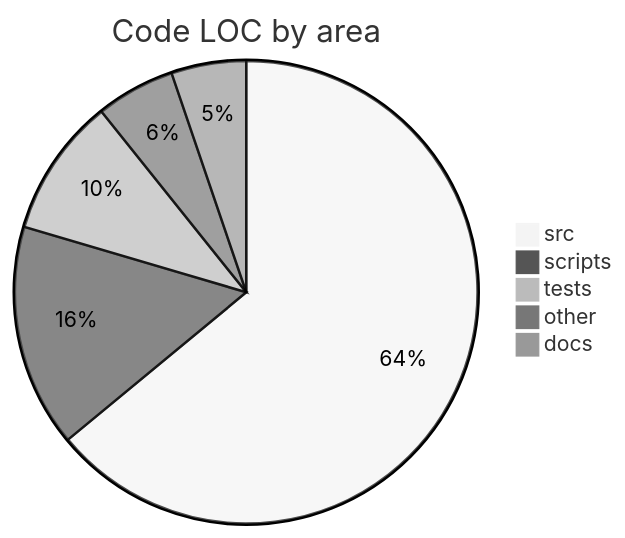
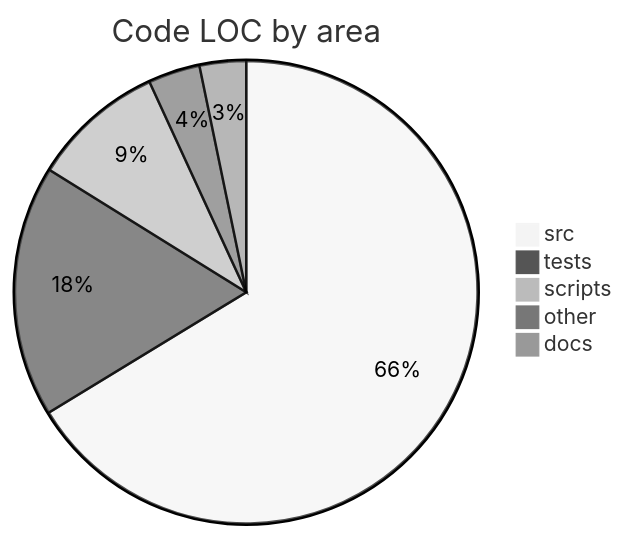
The first of 2 diagrams in docs/repository-stats.md (chris-piekarski/voxium-ptt), drawn with Mermaid (neutral theme) before and after one commit. The commit also changed other lines of this file and 54 other files, not shown here.

````diff
--- a/docs/repository-stats.md
+++ b/docs/repository-stats.md
@@ -12,8 +12,8 @@
 ```mermaid
 pie title Code LOC by area
-  "src" : 3661
-  "scripts" : 890
-  "tests" : 554
-  "other" : 316
-  "docs" : 299
+  "src" : 6087
+  "tests" : 1613
+  "scripts" : 853
+  "other" : 332
+  "docs" : 298
 ```
````
